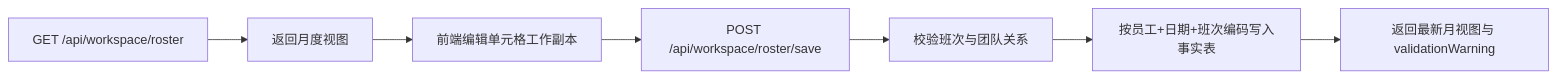
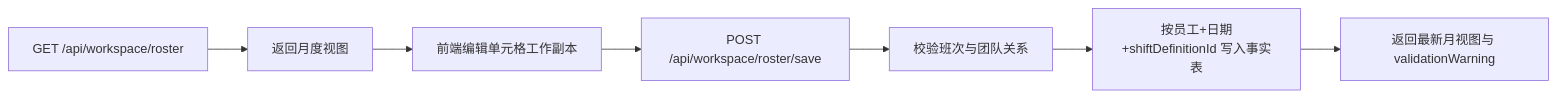
One commit to yachi666/support-roster-server changed the diagram in .specs/features/workspace-admin/roster.md. Above: the diagram before and after it, drawn with Mermaid. The commit also changed other lines of this file and 70 other files, not shown here.

````diff
--- a/.specs/features/workspace-admin/roster.md
+++ b/.specs/features/workspace-admin/roster.md
@@ -16,9 +16,9 @@
 ```mermaid
 flowchart LR
     QUERY[GET /api/workspace/roster] --> VIEW[返回月度视图]
     VIEW --> EDIT[前端编辑单元格工作副本]
     EDIT --> SAVE[POST /api/workspace/roster/save]
     SAVE --> CHECK[校验班次与团队关系]
-    CHECK --> STORE[按员工+日期+班次编码写入事实表]
+    CHECK --> STORE[按员工+日期+shiftDefinitionId 写入事实表]
     STORE --> RESULT[返回最新月视图与 validationWarning]
 ```
````
